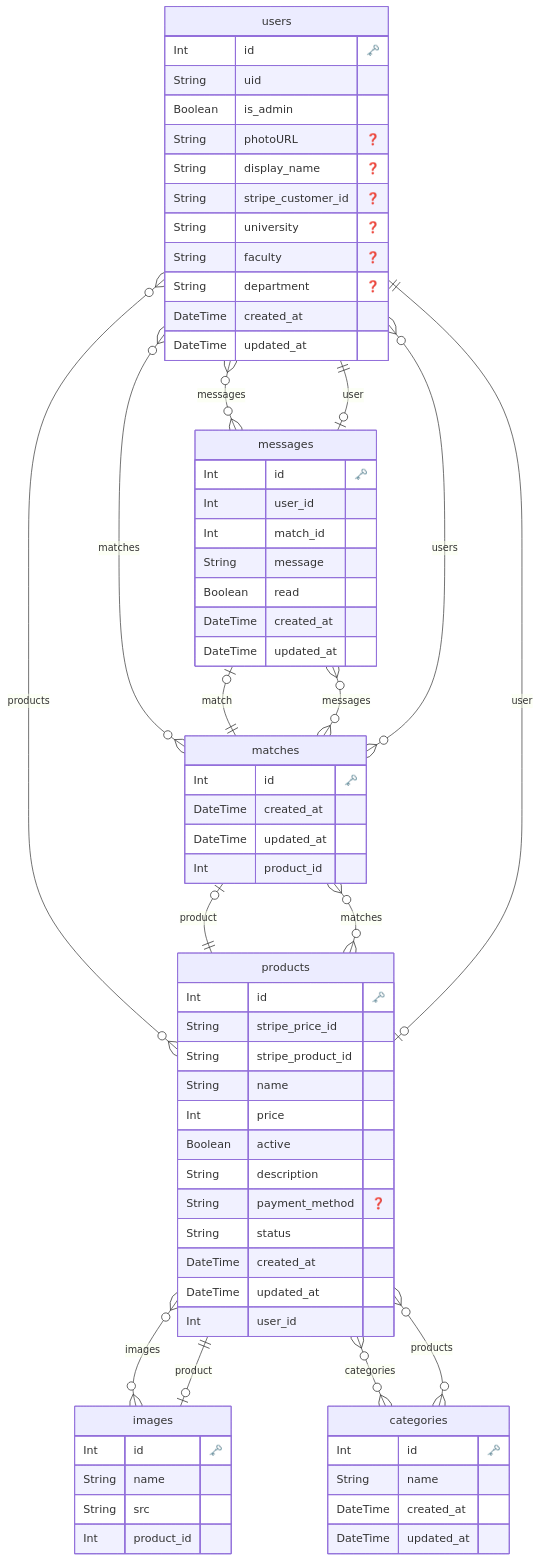
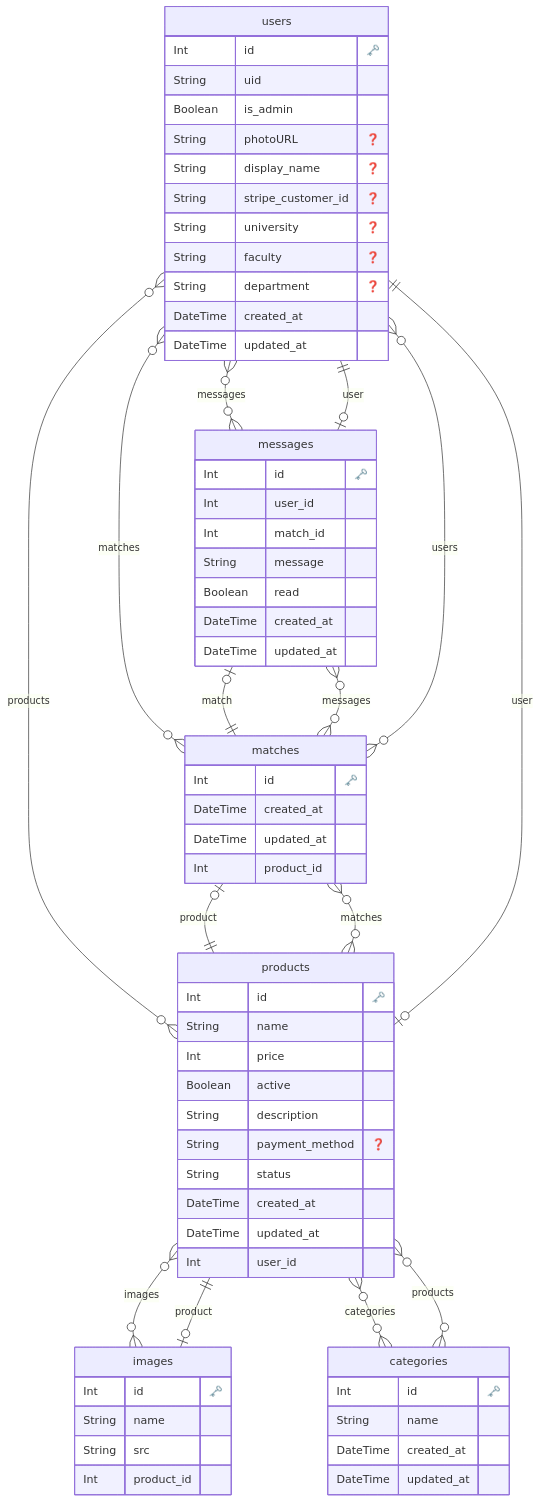
Before and after one commit to 1zumisawashun/unifree-client: the diagram in prisma/scheme.md, drawn with Mermaid. The commit also changed 32 other files, not shown here.

```diff
--- a/prisma/scheme.md
+++ b/prisma/scheme.md
@@ -18,8 +18,6 @@
 
   "products" {
     Int id "🗝️"
-    String stripe_price_id 
-    String stripe_product_id 
     String name 
     Int price 
     Boolean active 
```
